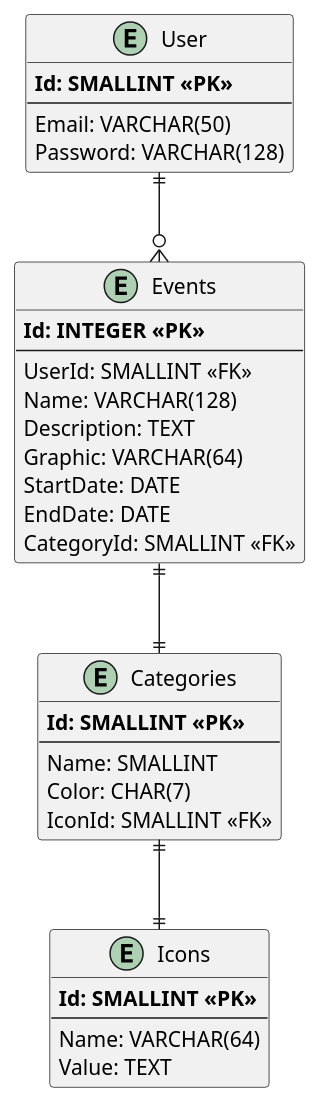
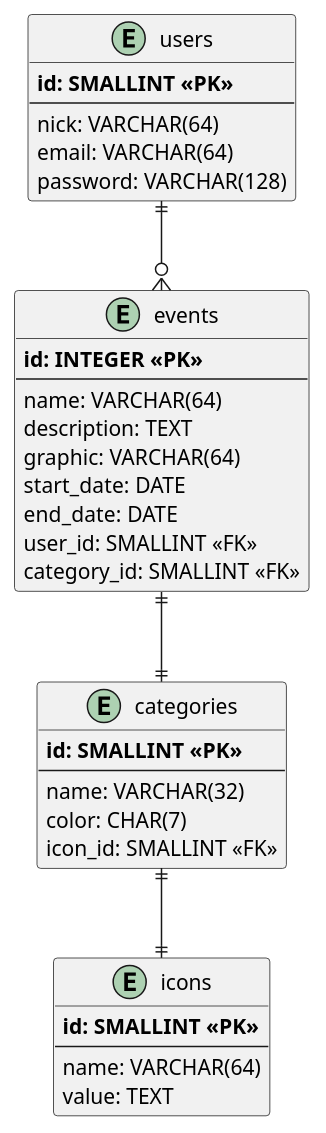
One commit to SzymonKwiecinski/pw_zai_project_1 changed the diagram in Diagrams/Database.puml. Above: the diagram before and after it, drawn with PlantUML. The commit also changed 8 other files, not shown here.

```diff
--- a/Diagrams/Database.puml
+++ b/Diagrams/Database.puml
@@ -1,47 +1,48 @@
 @startuml
 ' hide the spot
 ' hide circle
 
 ' avoid problems with angled crows feet
 skinparam linetype ortho
 
-entity User {
-  **Id: SMALLINT <<PK>>**
+entity users {
+  **id: SMALLINT <<PK>>**
   --
-  Email: VARCHAR(50)
-  Password: VARCHAR(128)
+  nick: VARCHAR(64)
+  email: VARCHAR(64)
+  password: VARCHAR(128)
 }
 
-entity Events {
-  **Id: INTEGER <<PK>>**
+entity events {
+  **id: INTEGER <<PK>>**
   --
-  UserId: SMALLINT <<FK>>
-  Name: VARCHAR(128)
-  Description: TEXT
-  Graphic: VARCHAR(64)
-  StartDate: DATE
-  EndDate: DATE
-  CategoryId: SMALLINT <<FK>>
+  name: VARCHAR(64)
+  description: TEXT
+  graphic: VARCHAR(64)
+  start_date: DATE
+  end_date: DATE
+  user_id: SMALLINT <<FK>>
+  category_id: SMALLINT <<FK>>
 }
 
-entity Categories {
-  **Id: SMALLINT <<PK>>**
+entity categories {
+  **id: SMALLINT <<PK>>**
   --
-  Name: SMALLINT
-  Color: CHAR(7)
-  IconId: SMALLINT <<FK>>
+  name: VARCHAR(32)
+  color: CHAR(7)
+  icon_id: SMALLINT <<FK>>
 }
 
-entity Icons {
-  **Id: SMALLINT <<PK>>**
+entity icons {
+  **id: SMALLINT <<PK>>**
   --
-  Name: VARCHAR(64)
-  Value: TEXT
+  name: VARCHAR(64)
+  value: TEXT
 }
 
 
-User ||--o{ Events
-Events ||--|| Categories
-Categories ||--|| Icons
+users ||--o{ events
+events ||--|| categories
+categories ||--|| icons
 
 @enduml
```
